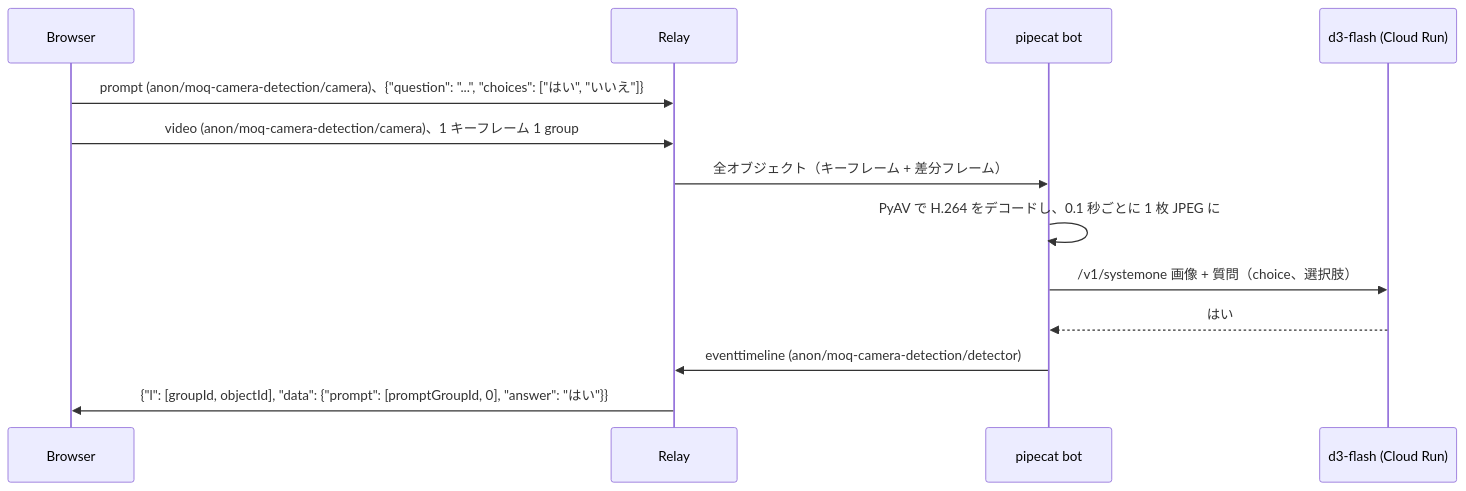
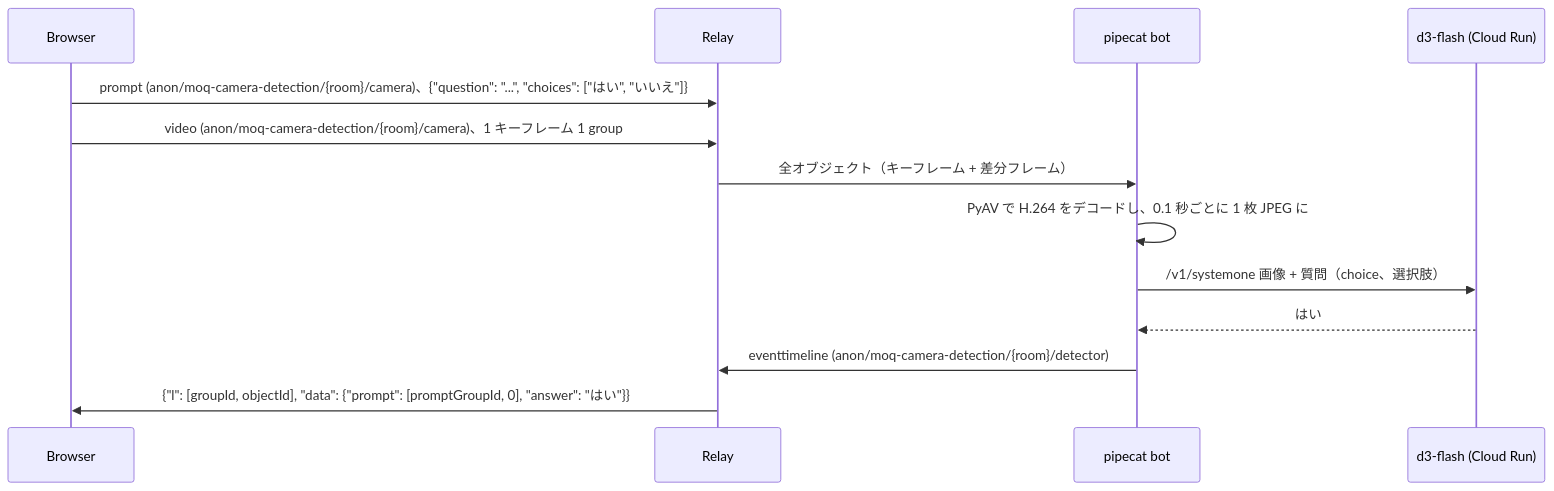
One commit to nttcom/moq-wasm changed the diagram in examples/python/moq-camera-detection/README.md. Above: the diagram before and after it, drawn with Mermaid. The commit also changed other lines of this file and 12 other files, not shown here.

````diff
--- a/examples/python/moq-camera-detection/README.md
+++ b/examples/python/moq-camera-detection/README.md
@@ -7,15 +7,15 @@
 ```mermaid
 sequenceDiagram
     participant B as Browser
     participant R as Relay
     participant P as pipecat bot
     participant D as d3-flash (Cloud Run)
-    B->>R: prompt (anon/moq-camera-detection/camera)、{"question": "...", "choices": ["はい", "いいえ"]}
-    B->>R: video (anon/moq-camera-detection/camera)、1 キーフレーム 1 group
+    B->>R: prompt (anon/moq-camera-detection/{room}/camera)、{"question": "...", "choices": ["はい", "いいえ"]}
+    B->>R: video (anon/moq-camera-detection/{room}/camera)、1 キーフレーム 1 group
     R->>P: 全オブジェクト（キーフレーム + 差分フレーム）
     P->>P: PyAV で H.264 をデコードし、0.1 秒ごとに 1 枚 JPEG に
     P->>D: /v1/systemone 画像 + 質問（choice、選択肢）
     D-->>P: はい
-    P->>R: eventtimeline (anon/moq-camera-detection/detector)
+    P->>R: eventtimeline (anon/moq-camera-detection/{room}/detector)
     R->>B: {"l": [groupId, objectId], "data": {"prompt": [promptGroupId, 0], "answer": "はい"}}
 ```
````
